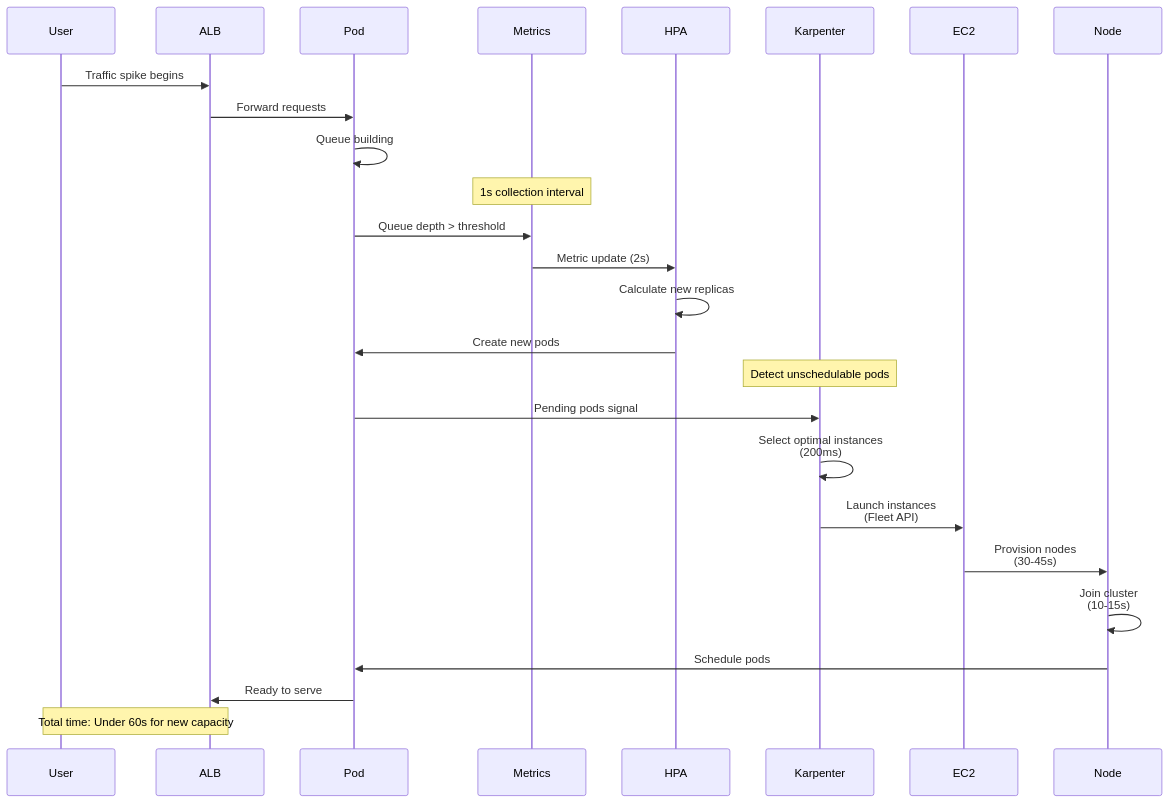
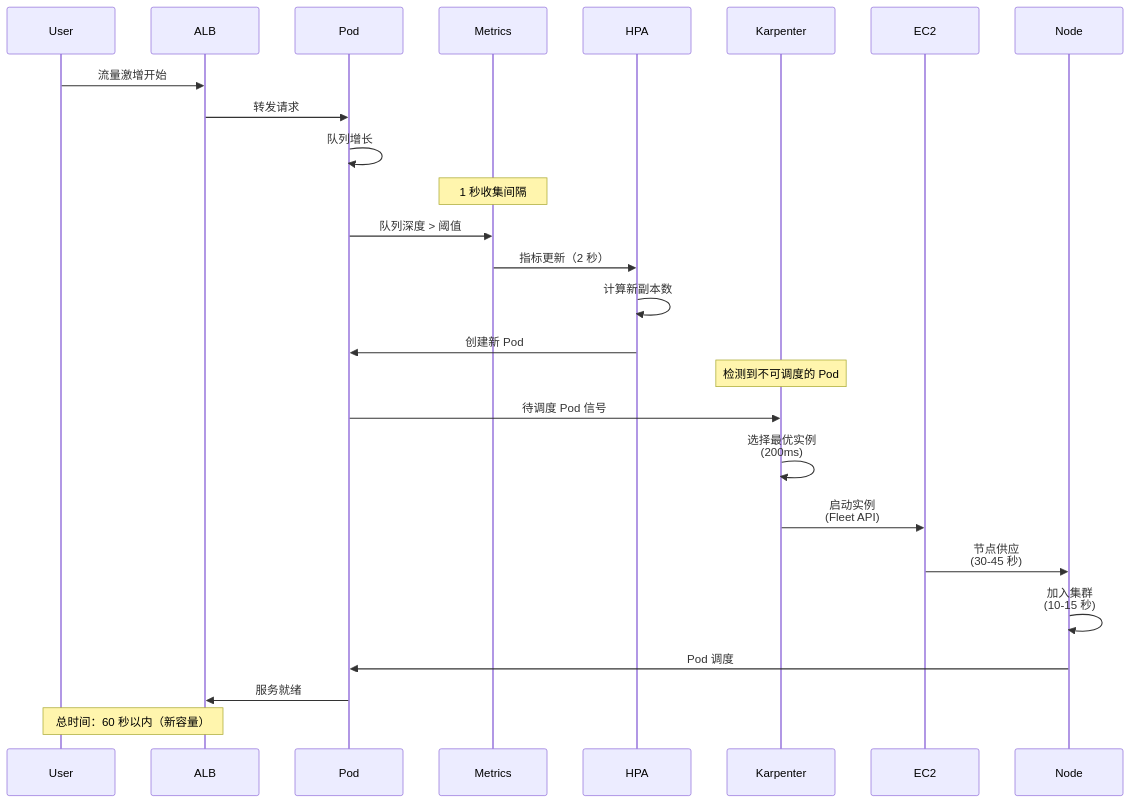
Diagram 11 of 18 in i18n/zh/docusaurus-plugin-content-docs/current/infrastructure-optimization/karpenter-autoscaling.md (devfloor9/engineering-playbook), drawn with Mermaid before and after one commit. The commit also changed other lines of this file and 43 other files, not shown here.

````diff
--- a/i18n/zh/docusaurus-plugin-content-docs/current/infrastructure-optimization/karpenter-autoscaling.md
+++ b/i18n/zh/docusaurus-plugin-content-docs/current/infrastructure-optimization/karpenter-autoscaling.md
@@ -451,36 +701,36 @@
 ```mermaid
 sequenceDiagram
     participant User
     participant ALB
     participant Pod
     participant Metrics
     participant HPA
     participant Karpenter
     participant EC2
     participant Node
 
-    User->>ALB: Traffic spike begins
-    ALB->>Pod: Forward requests
-    Pod->>Pod: Queue building
+    User->>ALB: 流量激增开始
+    ALB->>Pod: 转发请求
+    Pod->>Pod: 队列增长
 
-    Note over Metrics: 1s collection interval
-    Pod->>Metrics: Queue depth > threshold
-    Metrics->>HPA: Metric update (2s)
+    Note over Metrics: 1 秒收集间隔
+    Pod->>Metrics: 队列深度 > 阈值
+    Metrics->>HPA: 指标更新（2 秒）
 
-    HPA->>HPA: Calculate new replicas
-    HPA->>Pod: Create new pods
+    HPA->>HPA: 计算新副本数
+    HPA->>Pod: 创建新 Pod
 
-    Note over Karpenter: Detect unschedulable pods
-    Pod->>Karpenter: Pending pods signal
-    Karpenter->>Karpenter: Select optimal instances<br/>(200ms)
+    Note over Karpenter: 检测到不可调度的 Pod
+    Pod->>Karpenter: 待调度 Pod 信号
+    Karpenter->>Karpenter: 选择最优实例<br/>(200ms)
 
-    Karpenter->>EC2: Launch instances<br/>(Fleet API)
-    EC2->>Node: Provision nodes<br/>(30-45s)
+    Karpenter->>EC2: 启动实例<br/>(Fleet API)
+    EC2->>Node: 节点供应<br/>(30-45 秒)
 
-    Node->>Node: Join cluster<br/>(10-15s)
-    Node->>Pod: Schedule pods
-    Pod->>ALB: Ready to serve
+    Node->>Node: 加入集群<br/>(10-15 秒)
+    Node->>Pod: Pod 调度
+    Pod->>ALB: 服务就绪
 
-    Note over User,ALB: Total time: Under 60s for new capacity
+    Note over User,ALB: 总时间：60 秒以内（新容量）
 
 ```
````
